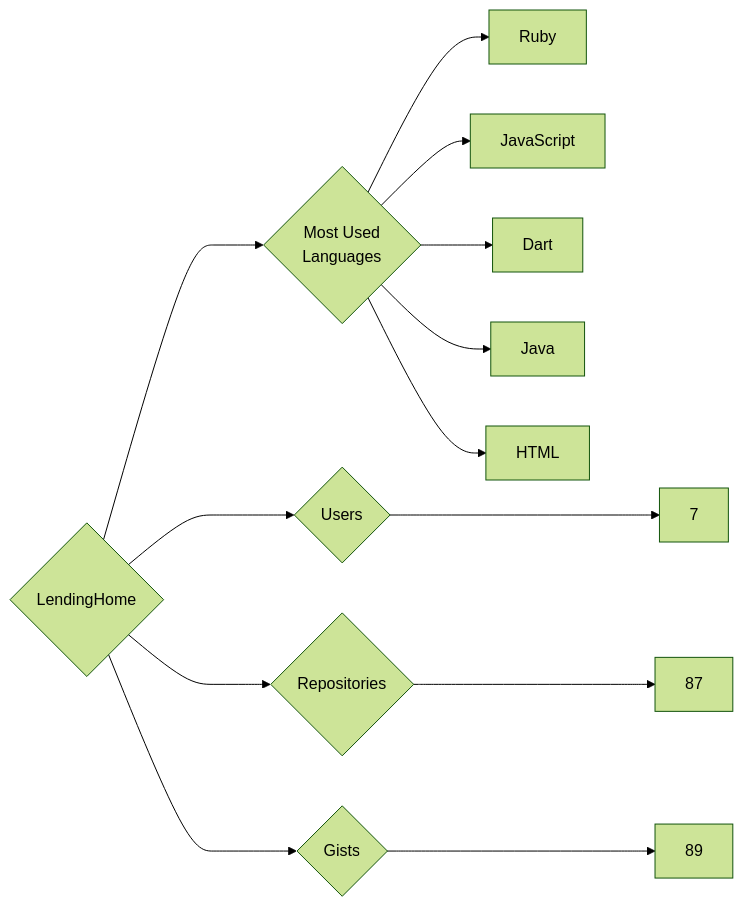
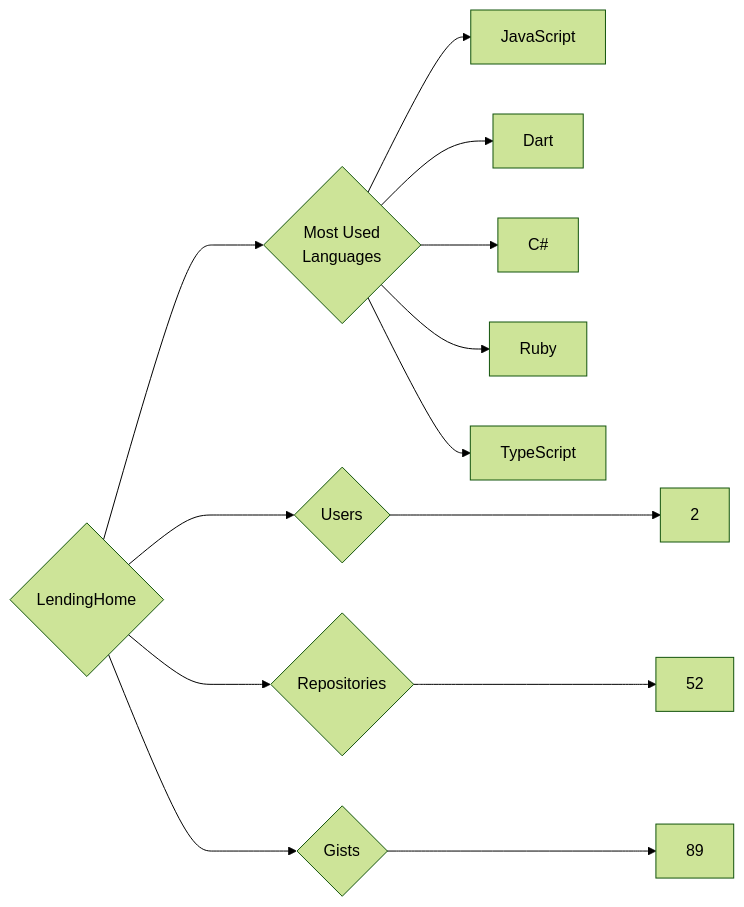
Before and after one commit to trickest/insiders: the diagram in targets/LendingHome/README.md, drawn with Mermaid (forest theme). The commit also changed 676 other files, not shown here.

````diff
--- a/targets/LendingHome/README.md
+++ b/targets/LendingHome/README.md
@@ -3,13 +3,13 @@
 ```mermaid
 graph LR
 COMPANY_NAME{LendingHome}
-COMPANY_NAME ---> U{Users} ---> UN[7]
-COMPANY_NAME ---> R{Repositories} ---> RN[87]
+COMPANY_NAME ---> U{Users} ---> UN[2]
+COMPANY_NAME ---> R{Repositories} ---> RN[52]
 COMPANY_NAME ---> G{Gists} ---> GN[89]
 COMPANY_NAME ---> ML{Most Used<br>Languages}
-ML --> Ruby[Ruby]
 ML --> JavaScript[JavaScript]
 ML --> Dart[Dart]
-ML --> Java[Java]
-ML --> HTML[HTML]
+ML --> C#[C#]
+ML --> Ruby[Ruby]
+ML --> TypeScript[TypeScript]
 ```
````
